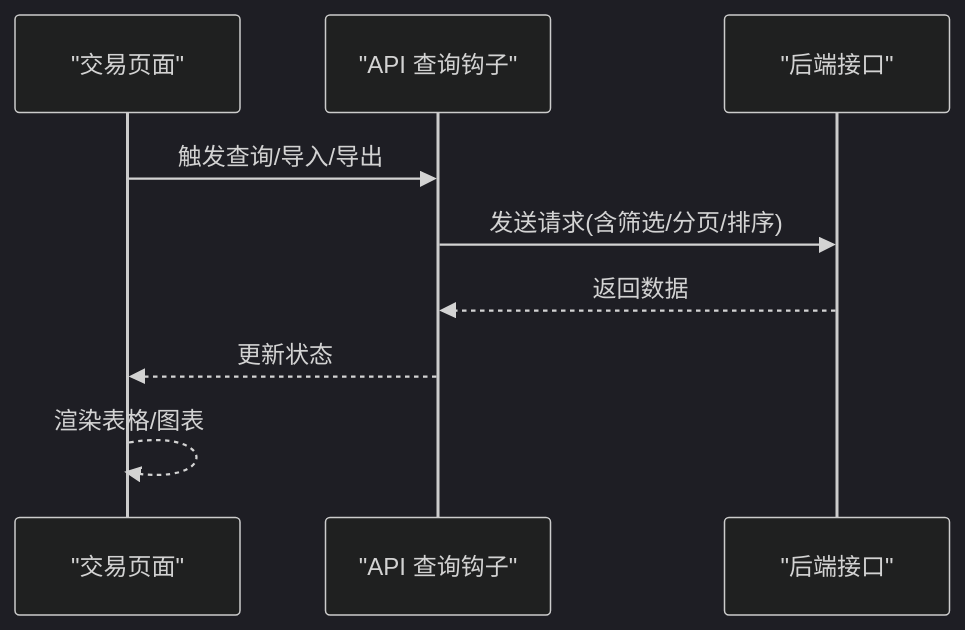
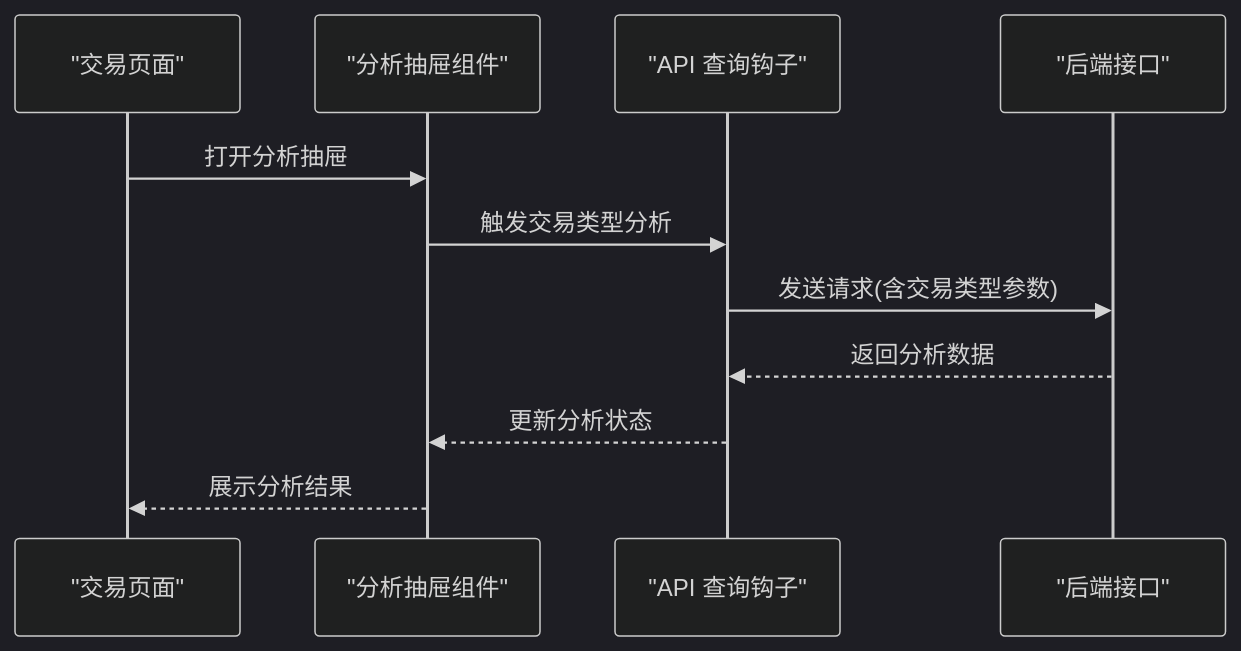
The eighth of 10 diagrams in .qoder/repowiki/zh/content/核心模块/交易分析模块.md (Damao997/newproject), drawn with Mermaid (dark theme) before and after one commit. The commit also changed other lines of this file and 26 other files, not shown here.

````diff
--- a/.qoder/repowiki/zh/content/核心模块/交易分析模块.md
+++ b/.qoder/repowiki/zh/content/核心模块/交易分析模块.md
@@ -263,11 +397,13 @@
 ```mermaid
 sequenceDiagram
 participant Page as "交易页面"
+participant Drawer as "分析抽屉组件"
 participant Hooks as "API 查询钩子"
 participant API as "后端接口"
-Page->>Hooks : 触发查询/导入/导出
-Hooks->>API : 发送请求(含筛选/分页/排序)
-API-->>Hooks : 返回数据
-Hooks-->>Page : 更新状态
-Page-->>Page : 渲染表格/图表
+Page->>Drawer : 打开分析抽屉
+Drawer->>Hooks : 触发交易类型分析
+Hooks->>API : 发送请求(含交易类型参数)
+API-->>Hooks : 返回分析数据
+Hooks-->>Drawer : 更新分析状态
+Drawer-->>Page : 展示分析结果
 ```
````
